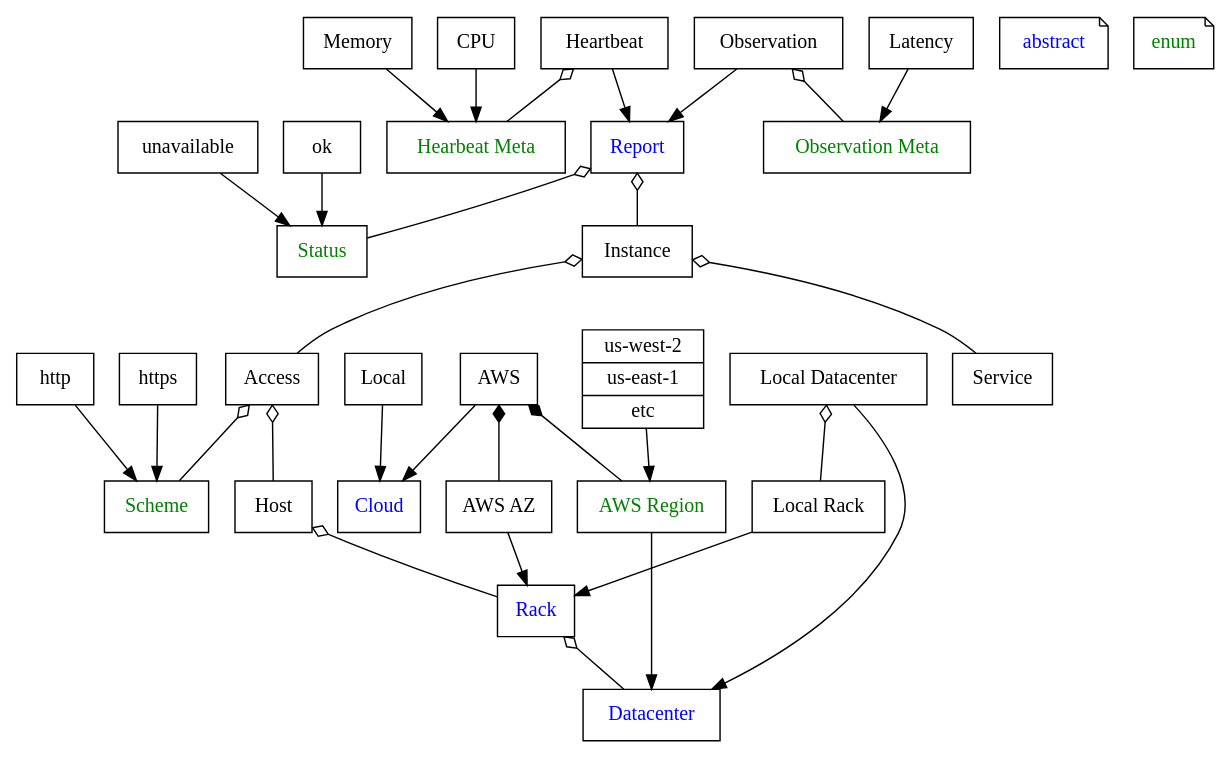
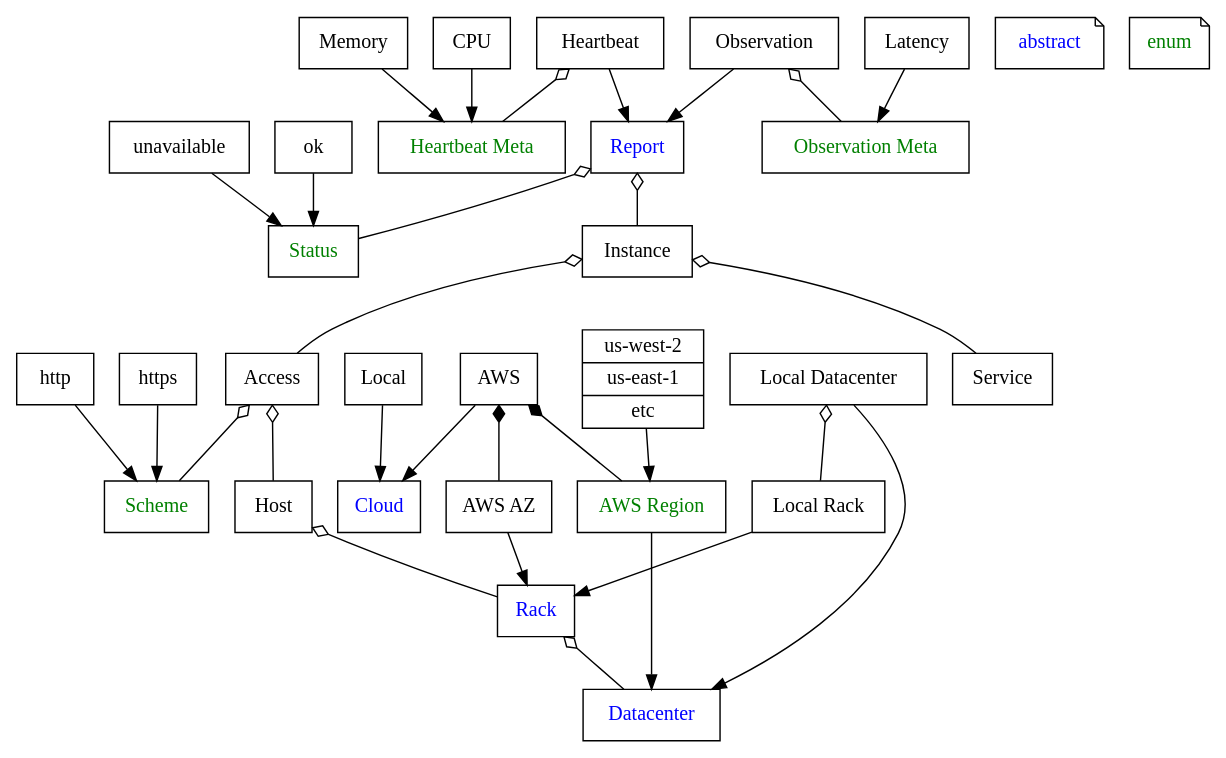
One commit to kendra-pdx/akka-service-discovery changed the diagram in akka-service-discovery-core/src/doc/model.dot. Above: the diagram before and after it, drawn with Graphviz.

Commit message:
- updated the graphviz model: fixed mis-spelling

```diff
--- a/akka-service-discovery-core/src/doc/model.dot
+++ b/akka-service-discovery-core/src/doc/model.dot
@@ -1,94 +1,94 @@
 digraph model {
     node [ shape="record" ]
 
     scheme [ label="Scheme", fontcolor="green" ]
     http
     https
 
     status [ label="Status", fontcolor="green" ]
     ok
     unavailable
 
     access [ label="Access" ]
     service [ label="Service"]
     instance [ label="Instance" ]
 
     report [ label="Report", fontcolor="blue" ]
     heartbeat [ label="Heartbeat" ]
     observation [ label="Observation" ]
 
-    heartbeatMeta [ label="Hearbeat Meta", fontcolor="green" ]
+    heartbeatMeta [ label="Heartbeat Meta", fontcolor="green" ]
     heartbeatCpu [ label="CPU" ]
     heartbeatMemory [ label="Memory" ]
 
     observationMeta [ label="Observation Meta", fontcolor="green" ]
     observationLatency [ label="Latency" ]
 
     host [ label="Host" ]
 
     cloud [ label="Cloud", fontcolor="blue" ]
     datacenter [ label="Datacenter", fontcolor="blue" ]
     rack [ label = "Rack", fontcolor="blue" ]
 
     aws [ label = "AWS" ]
     region [ label = "AWS Region", fontcolor="green" ]
     az [ label = "AWS AZ" ]
 
     regions [ label = "{us-west-2|us-east-1|etc}" ]
 
     local [ label = "Local" ]
     localDatacenter [ label = "Local Datacenter" ]
     localRack [ label="Local Rack" ]
 
     subgraph isA {
         edge [arrowhead="normal"]
         aws -> cloud
         region -> datacenter
         az -> rack
 
         http -> scheme
         https -> scheme
 
         regions -> region
 
         local -> cloud
 
         {ok, unavailable} -> status
 
         {heartbeat, observation} -> report
 
         {heartbeatCpu, heartbeatMemory} -> heartbeatMeta
         {observationLatency} -> observationMeta
 
         localDatacenter -> datacenter
         localRack -> rack
     }
 
     subgraph hasA {
         edge [dir=back,arrowtail=odiamond]
 
         rack -> datacenter
         host -> rack
 
         instance -> { service, access }
         report -> { instance, status }
         access -> { scheme, host }
 
         heartbeat -> heartbeatMeta
         observation -> observationMeta
 
         localDatacenter -> localRack
     }
 
     subgraph owns {
         edge [dir=back,arrowtail=diamond]
 
         aws -> { region, az }
     }
 
     subgraph legend {
         node [ shape="note" ]
         abstract [ fontcolor="blue" ]
         enum [ fontcolor="green" ]
     }
 }
```
